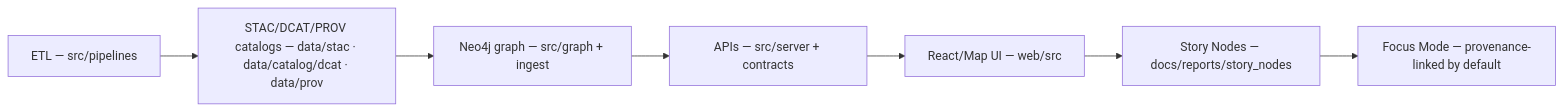
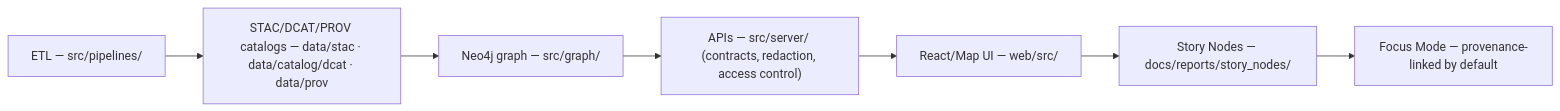
One commit to bartytime4life/Kansas-Frontier-Matrix changed the first of 3 diagrams in web/src/README.md. Above: the diagram before and after it, drawn with Mermaid. The commit also changed other lines of this file, not shown here.

```diff
--- a/web/src/README.md
+++ b/web/src/README.md
@@ -237,9 +239,9 @@
 ~~~mermaid
 flowchart LR
-  A["ETL — src/pipelines"] --> B["STAC/DCAT/PROV catalogs — data/stac · data/catalog/dcat · data/prov"]
-  B --> C["Neo4j graph — src/graph + ingest"]
-  C --> D["APIs — src/server + contracts"]
-  D --> E["React/Map UI — web/src"]
-  E --> F["Story Nodes — docs/reports/story_nodes"]
+  A["ETL — src/pipelines/"] --> B["STAC/DCAT/PROV catalogs — data/stac · data/catalog/dcat · data/prov"]
+  B --> C["Neo4j graph — src/graph/"]
+  C --> D["APIs — src/server/ (contracts, redaction, access control)"]
+  D --> E["React/Map UI — web/src/"]
+  E --> F["Story Nodes — docs/reports/story_nodes/"]
   F --> G["Focus Mode — provenance-linked by default"]
 ~~~
```
